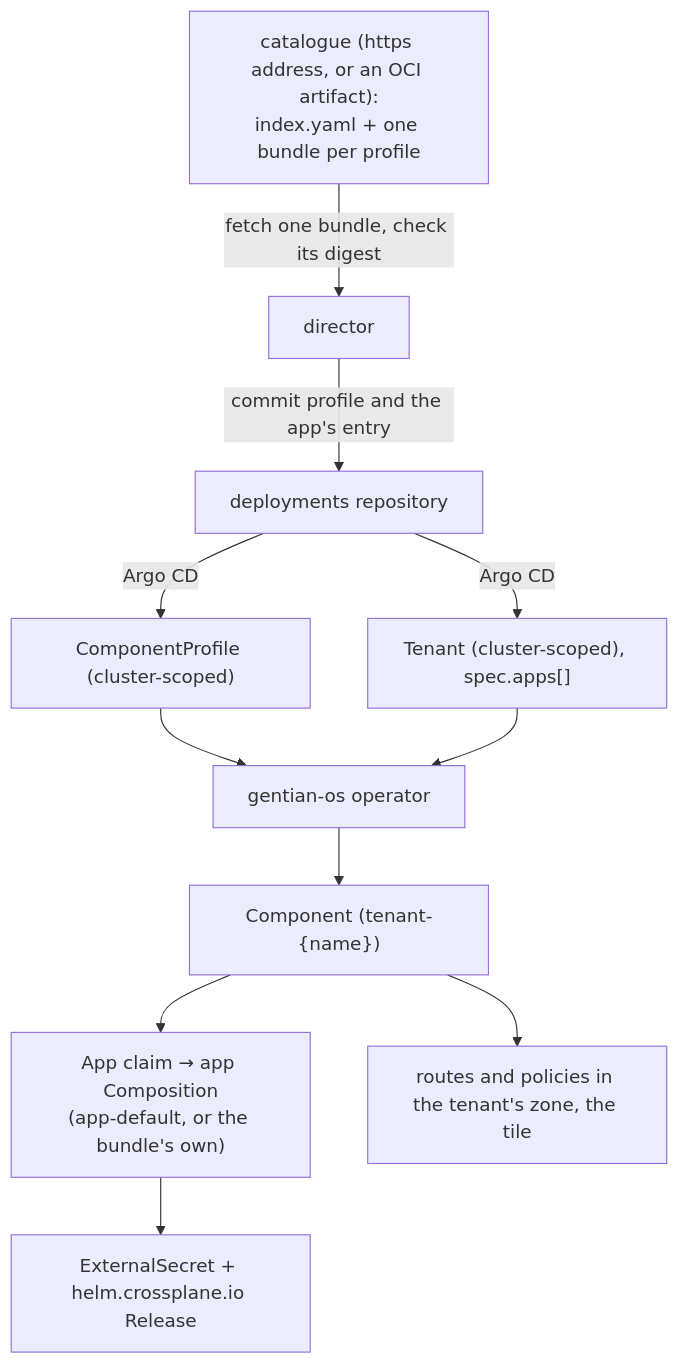
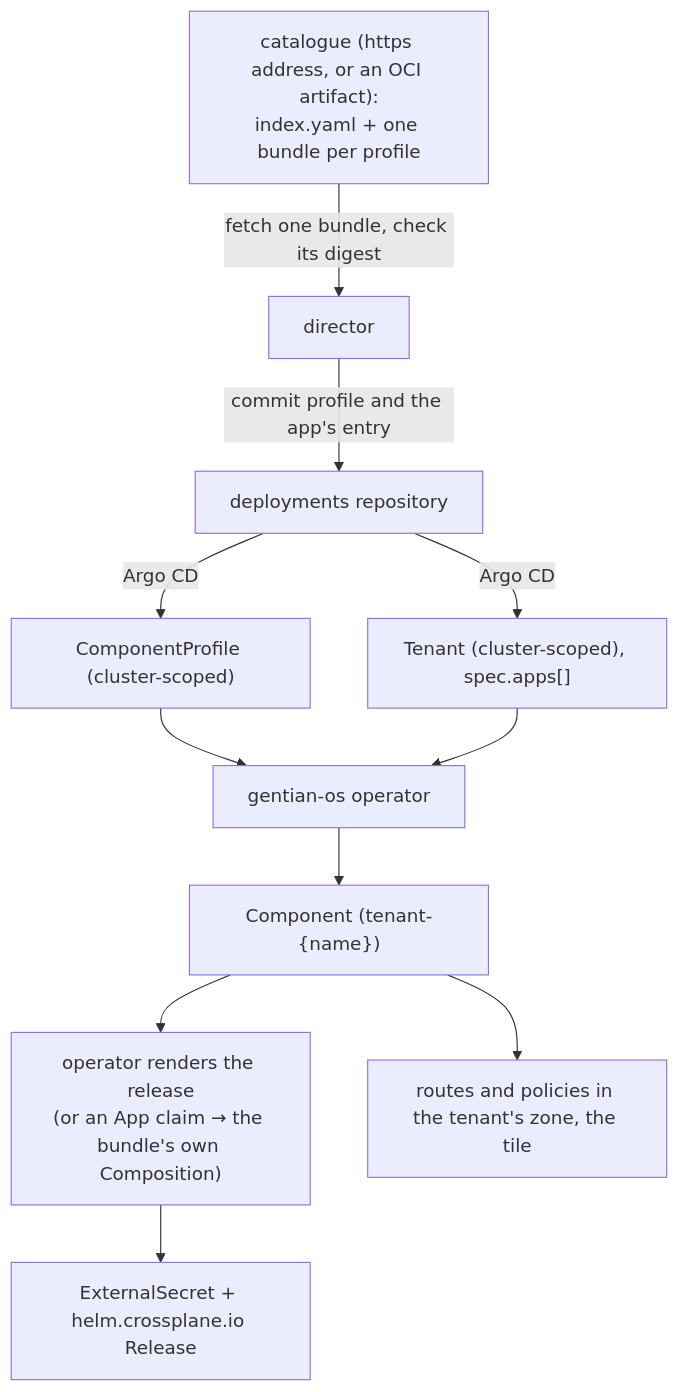
The first of 2 diagrams in docs/design/app-catalogue.md (gentian-org/gentian-os), drawn with Mermaid before and after one commit. The commit also changed other lines of this file and 366 other files, not shown here.

First line of the commit message:
feat(render): the operator renders every chart; the app Composition is gone

````diff
--- a/docs/design/app-catalogue.md
+++ b/docs/design/app-catalogue.md
@@ -12,21 +12,21 @@
 ```mermaid
 flowchart TD
     Catalogue["catalogue (https address, or an OCI artifact):<br>index.yaml + one bundle per profile"]
     Director["director"]
     Git["deployments repository"]
     Profile["ComponentProfile (cluster-scoped)"]
     Tenant["Tenant (cluster-scoped), spec.apps[]"]
     Operator["gentian-os operator"]
     Component["Component (tenant-{name})"]
-    Claim["App claim → app Composition<br>(app-default, or the bundle's own)"]
+    Render["operator renders the release<br>(or an App claim → the bundle's own Composition)"]
     Release["ExternalSecret + helm.crossplane.io Release"]
     Routes["routes and policies in the tenant's zone, the tile"]
 
     Catalogue -->|"fetch one bundle, check its digest"| Director
     Director -->|"commit profile and the app's entry"| Git
     Git -->|"Argo CD"| Profile & Tenant
     Profile & Tenant --> Operator
     Operator --> Component
-    Component --> Claim --> Release
+    Component --> Render --> Release
     Component --> Routes
 ```
````
